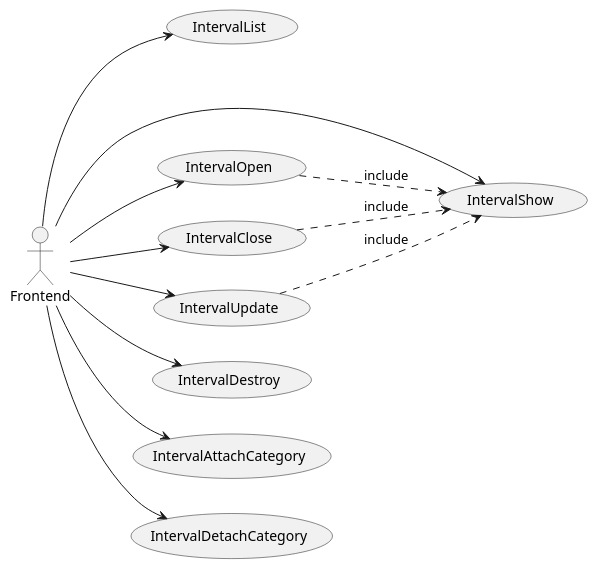
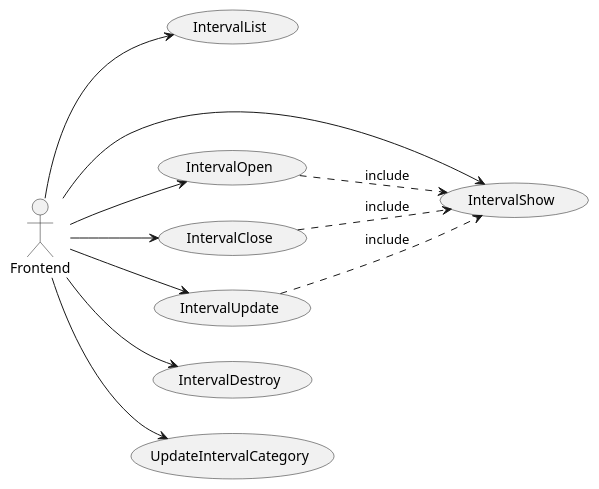
The diagram in docs/src/interval-usecases.plantuml (EscuelaIt/time-register), drawn with PlantUML before and after one commit. The commit also changed 3 other files, not shown here.

```diff
--- a/docs/src/interval-usecases.plantuml
+++ b/docs/src/interval-usecases.plantuml
@@ -1,26 +1,24 @@
 @startuml
 left to right direction
 
 actor Frontend
 usecase "IntervalList" as List
 usecase "IntervalShow" as Show
 usecase "IntervalOpen" as Open
 usecase "IntervalClose" as Close
 usecase "IntervalUpdate" as Update
 usecase "IntervalDestroy" as Delete
-usecase "IntervalAttachCategory" as Attach
-usecase "IntervalDetachCategory" as Detach
+usecase "UpdateIntervalCategory"
 
 Frontend --> List
 Frontend --> Show 
 Frontend --> Open
 Frontend --> Close
 Frontend --> Update
 Frontend --> Delete
-Frontend --> Attach
-Frontend --> Detach
+Frontend --> UpdateIntervalCategory
 
 Open ..> Show: include
 Close ..> Show: include
 Update ..> Show: include
 @enduml
```
